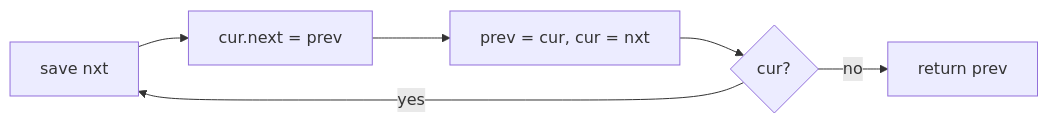
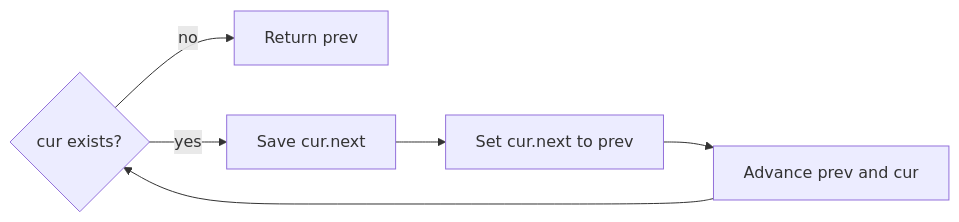
One commit to jdodsoncollins/study-material changed the diagram in lessons/algorithms/problems/reverse-chain/viz/swing.md. Above: the diagram before and after it, drawn with Mermaid. The commit also changed 175 other files, not shown here.

````diff
--- a/lessons/algorithms/problems/reverse-chain/viz/swing.md
+++ b/lessons/algorithms/problems/reverse-chain/viz/swing.md
@@ -3,8 +3,8 @@
 ```mermaid
 flowchart LR
-  save[save nxt] --> flip[cur.next = prev]
-  flip --> slide[prev = cur, cur = nxt]
-  slide --> more{cur?}
-  more -->|yes| save
-  more -->|no| head[return prev]
+  more{cur exists?} -->|no| head[Return prev]
+  more -->|yes| save[Save cur.next]
+  save --> flip[Set cur.next to prev]
+  flip --> slide[Advance prev and cur]
+  slide --> more
 ```
````
